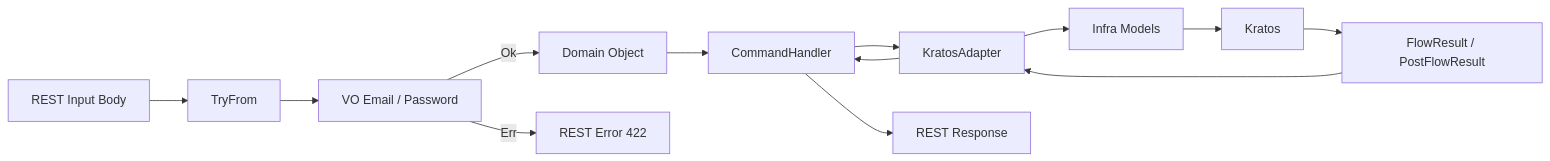
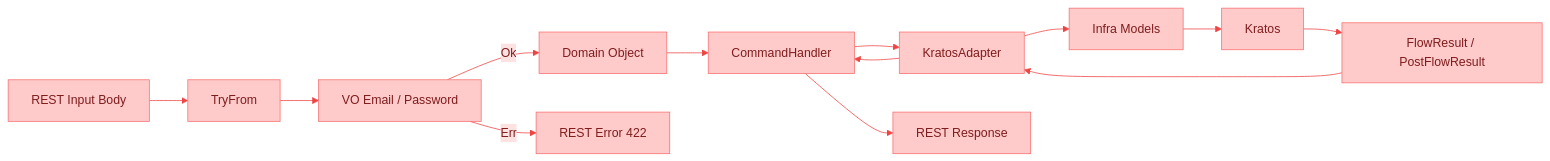
The third of 3 diagrams in README.md (justventure/engineer-challenge), drawn with Mermaid before and after one commit. The commit also changed other lines of this file, not shown here.

````diff
--- a/README.md
+++ b/README.md
@@ -133,22 +116,17 @@
 ```mermaid
+%%{init: {'theme': 'base', 'themeVariables': {'primaryColor': '#FECACA', 'primaryTextColor': '#7F1D1D', 'primaryBorderColor': '#F87171', 'lineColor': '#EF4444', 'secondaryColor': '#FEE2E2', 'tertiaryColor': '#FFF1F1'}}}%%
 flowchart LR
     Input[REST Input Body]
     Input --> TryFrom[TryFrom]
-
     TryFrom --> VO[VO Email / Password]
-
     VO -->|Ok| Domain[Domain Object]
     VO -->|Err| Error[REST Error 422]
-
     Domain --> Handler[CommandHandler]
     Handler --> Adapter[KratosAdapter]
-
     Adapter --> Models[Infra Models]
     Models --> Kratos[Kratos]
-
     Kratos --> Response[FlowResult / PostFlowResult]
-
     Response --> Adapter
     Adapter --> Handler
     Handler --> RestResponse[REST Response]
 ```
````
